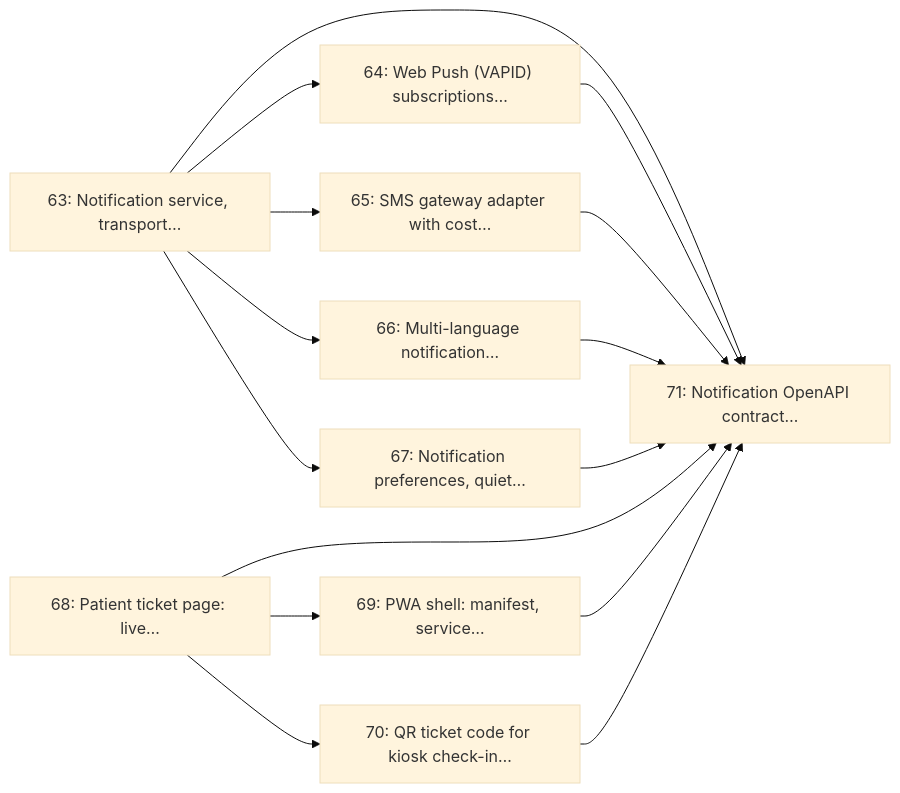
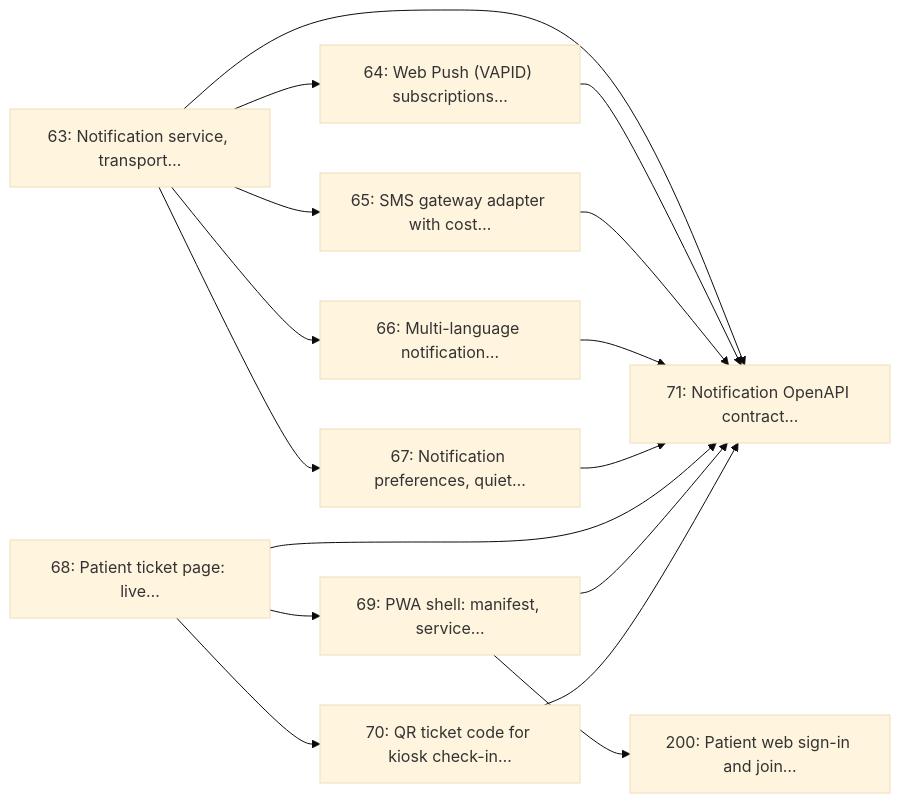
Before and after one commit to Billykat7/clinicQ: the diagram in docs/GITHUB/MILESTONES/M9_notifications_patient_pwa.md, drawn with Mermaid (base theme). The commit also changed other lines of this file and 7 other files, not shown here.

````diff
--- a/docs/GITHUB/MILESTONES/M9_notifications_patient_pwa.md
+++ b/docs/GITHUB/MILESTONES/M9_notifications_patient_pwa.md
@@ -63,26 +64,28 @@
 ```mermaid
 flowchart LR
     I63["63: Notification service, transport…"]
     I64["64: Web Push (VAPID) subscriptions…"]
     I65["65: SMS gateway adapter with cost…"]
     I66["66: Multi-language notification…"]
     I67["67: Notification preferences, quiet…"]
     I68["68: Patient ticket page: live…"]
     I69["69: PWA shell: manifest, service…"]
     I70["70: QR ticket code for kiosk check-in…"]
     I71["71: Notification OpenAPI contract…"]
+    I200["200: Patient web sign-in and join…"]
     I63 --> I64
     I63 --> I65
     I63 --> I66
     I63 --> I67
     I68 --> I69
     I68 --> I70
     I63 --> I71
     I64 --> I71
     I65 --> I71
     I66 --> I71
     I67 --> I71
     I68 --> I71
     I69 --> I71
     I70 --> I71
+    I69 --> I200
 ```
````
